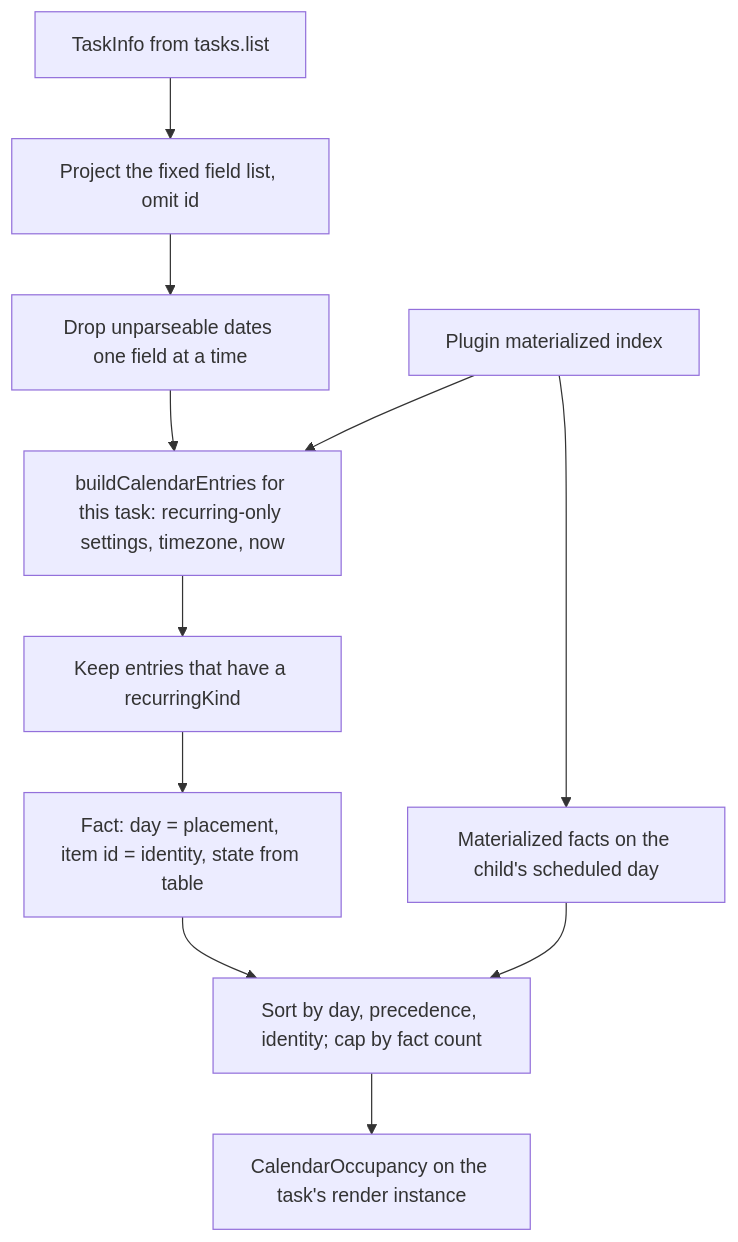
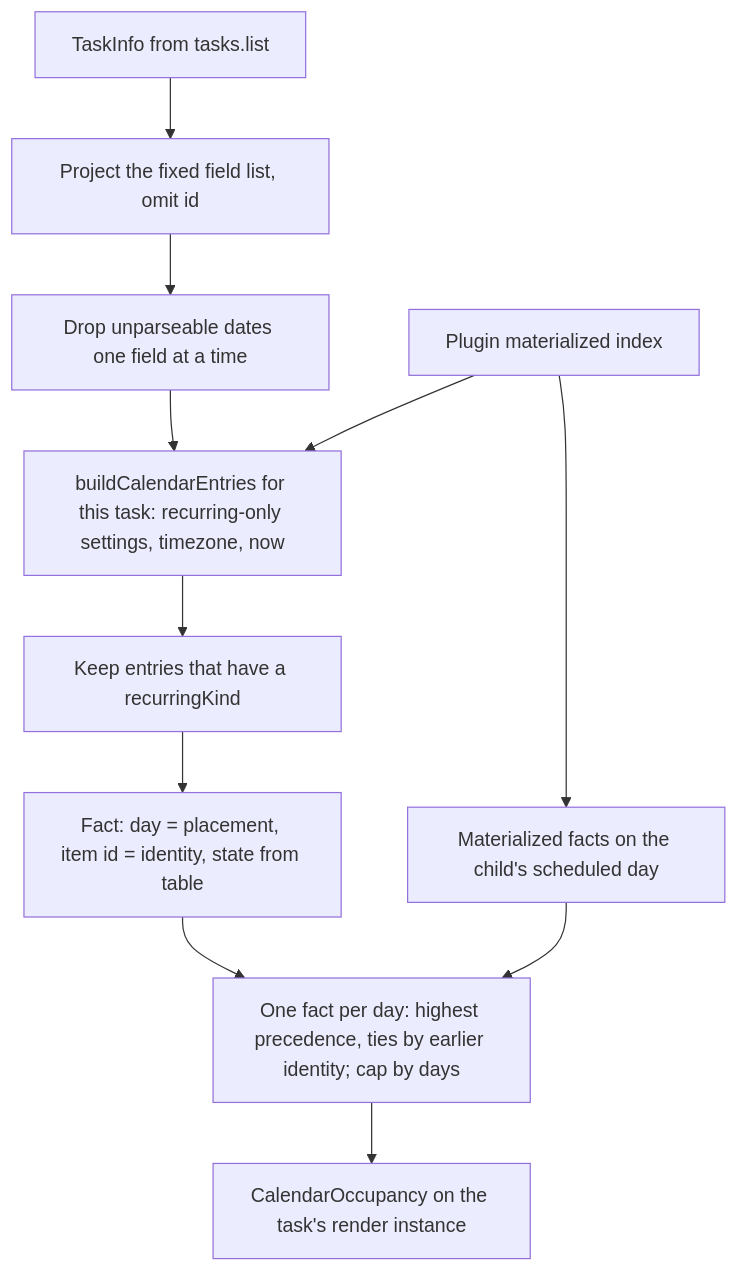
One commit to renatomen/tasknotes-gantt changed the first of 3 diagrams in docs/plans/2026-11-26-001-feat-tasknotes-5-0-5-compatibility-plan.md. Above: the diagram before and after it, drawn with Mermaid. The commit also changed other lines of this file and 2 other files, not shown here.

````diff
--- a/docs/plans/2026-11-26-001-feat-tasknotes-5-0-5-compatibility-plan.md
+++ b/docs/plans/2026-11-26-001-feat-tasknotes-5-0-5-compatibility-plan.md
@@ -138,13 +169,13 @@
 ```mermaid
 flowchart TB
   T[TaskInfo from tasks.list] --> P[Project the fixed field list, omit id]
   P --> V[Drop unparseable dates one field at a time]
   V --> C[buildCalendarEntries for this task: recurring-only settings, timezone, now]
   M[Plugin materialized index] --> C
   C --> F[Keep entries that have a recurringKind]
   F --> O[Fact: day = placement, item id = identity, state from table]
   M --> MF[Materialized facts on the child's scheduled day]
-  O --> S[Sort by day, precedence, identity; cap by fact count]
+  O --> S[One fact per day: highest precedence, ties by earlier identity; cap by days]
   MF --> S
   S --> R[CalendarOccupancy on the task's render instance]
 ```
````
